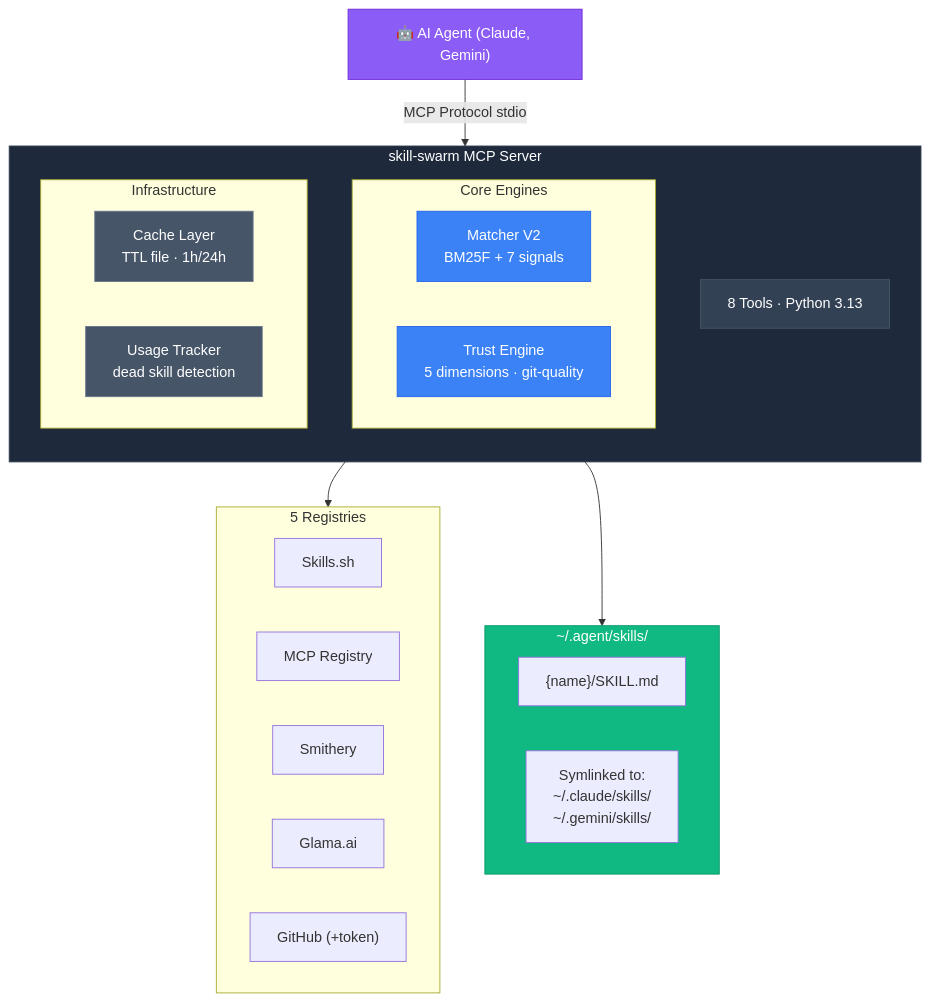
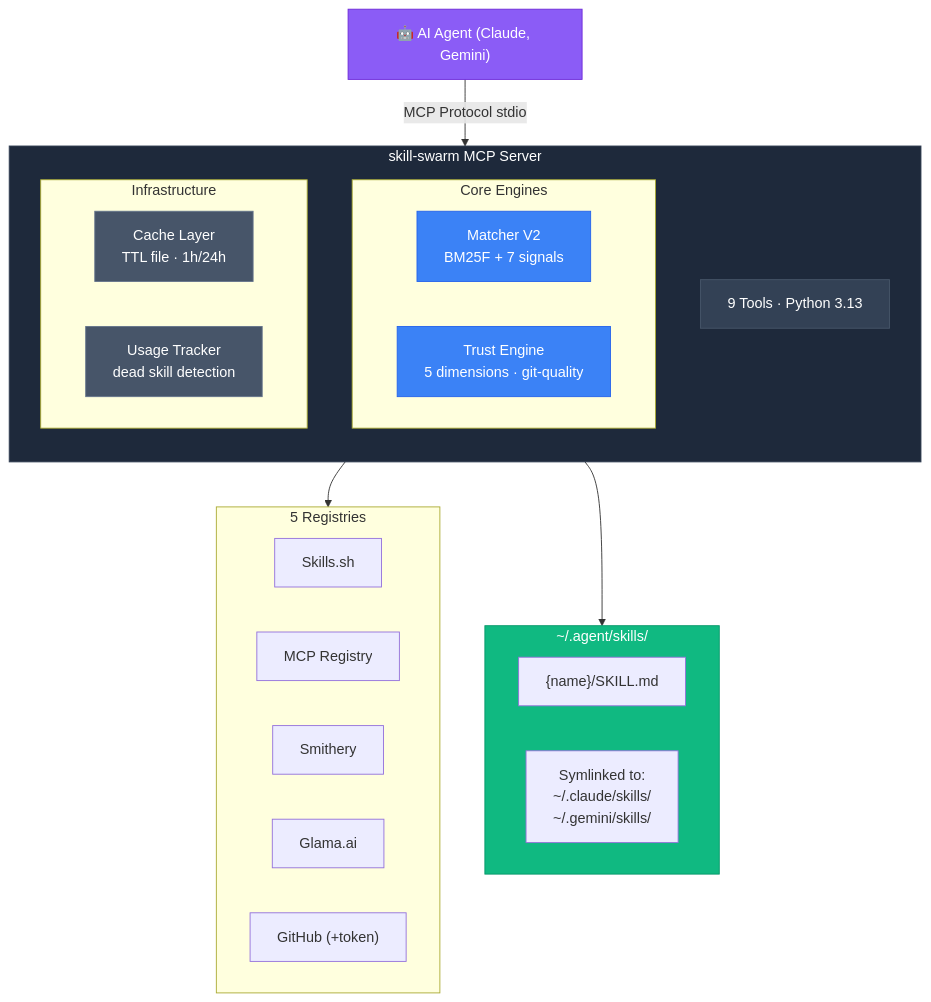
The third of 6 diagrams in README.md (ancrz/skill-swarm-mcp), drawn with Mermaid before and after one commit. The commit also changed other lines of this file and 10 other files, not shown here.

````diff
--- a/README.md
+++ b/README.md
@@ -78,43 +78,43 @@
 ```mermaid
 graph TB
     Agent["🤖 AI Agent (Claude, Gemini)"]
     Agent -->|MCP Protocol stdio| Server
 
     subgraph Server["skill-swarm MCP Server"]
         direction TB
-        Tools["8 Tools · Python 3.13"]
+        Tools["9 Tools · Python 3.13"]
         subgraph Core["Core Engines"]
             Matcher["Matcher V2<br/>BM25F + 7 signals"]
             Trust["Trust Engine<br/>5 dimensions · git-quality"]
         end
         subgraph Infra["Infrastructure"]
             Cache["Cache Layer<br/>TTL file · 1h/24h"]
             Usage["Usage Tracker<br/>dead skill detection"]
         end
     end
 
     Server --> Registries
     Server --> Skills
 
     subgraph Registries["5 Registries"]
         SkillsSH["Skills.sh"]
         MCP["MCP Registry"]
         Smithery["Smithery"]
         Glama["Glama.ai"]
         GitHub["GitHub (+token)"]
     end
 
     subgraph Skills["~/.agent/skills/"]
         SkillFile["{name}/SKILL.md"]
         Symlinks["Symlinked to:<br/>~/.claude/skills/<br/>~/.gemini/skills/"]
     end
 
     style Agent fill:#8B5CF6,stroke:#6D28D9,color:#fff
     style Server fill:#1E293B,stroke:#334155,color:#fff
     style Tools fill:#334155,stroke:#475569,color:#fff
     style Matcher fill:#3B82F6,stroke:#2563EB,color:#fff
     style Trust fill:#3B82F6,stroke:#2563EB,color:#fff
     style Cache fill:#475569,stroke:#64748B,color:#fff
     style Usage fill:#475569,stroke:#64748B,color:#fff
     style Skills fill:#10B981,stroke:#059669,color:#fff
 ```
````
